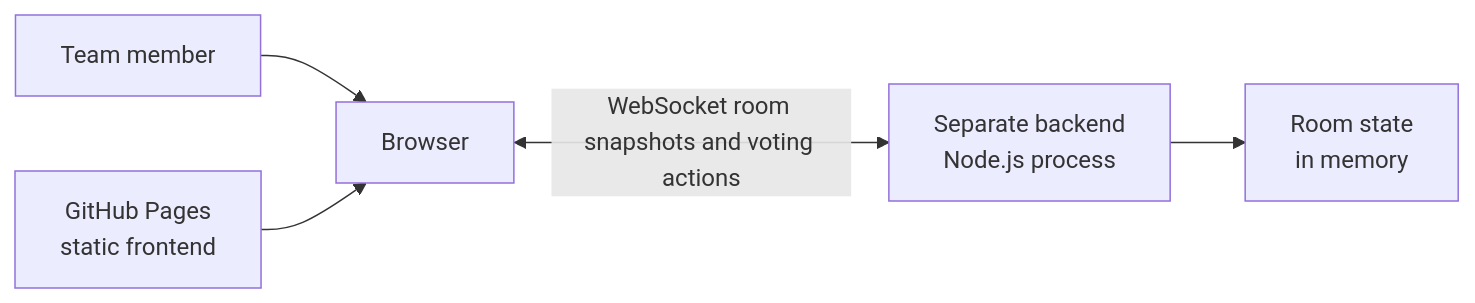
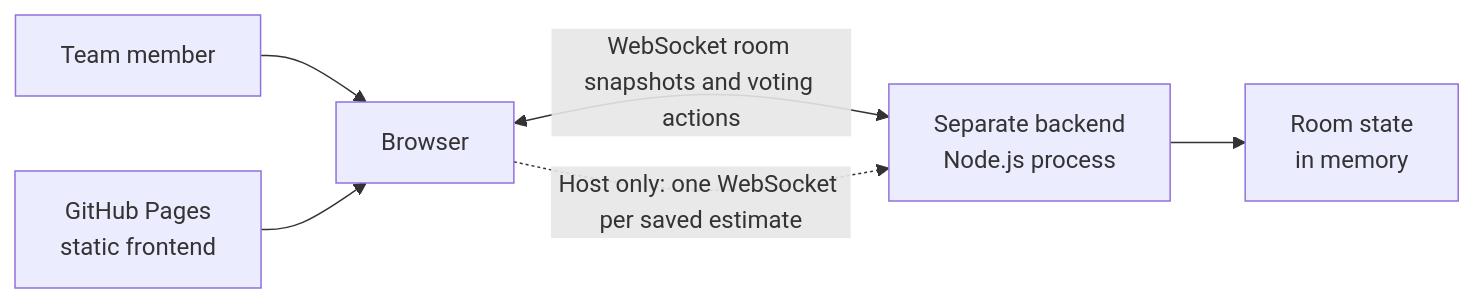
The diagram in docs/system-design.md (AI-Assisted-Coding-Training/ai-assisted-training-london-RAM), drawn with Mermaid before and after one commit. The commit also changed other lines of this file and 4 other files, not shown here.

````diff
--- a/docs/system-design.md
+++ b/docs/system-design.md
@@ -22,7 +38,8 @@
 ```mermaid
 flowchart LR
     User[Team member] --> Browser[Browser]
     Pages[GitHub Pages<br/>static frontend] --> Browser
     Browser <-->|WebSocket room snapshots and voting actions| Backend[Separate backend<br/>Node.js process]
+    Browser -.->|Host only: one WebSocket per saved estimate| Backend
     Backend --> State[Room state<br/>in memory]
 ```
````
